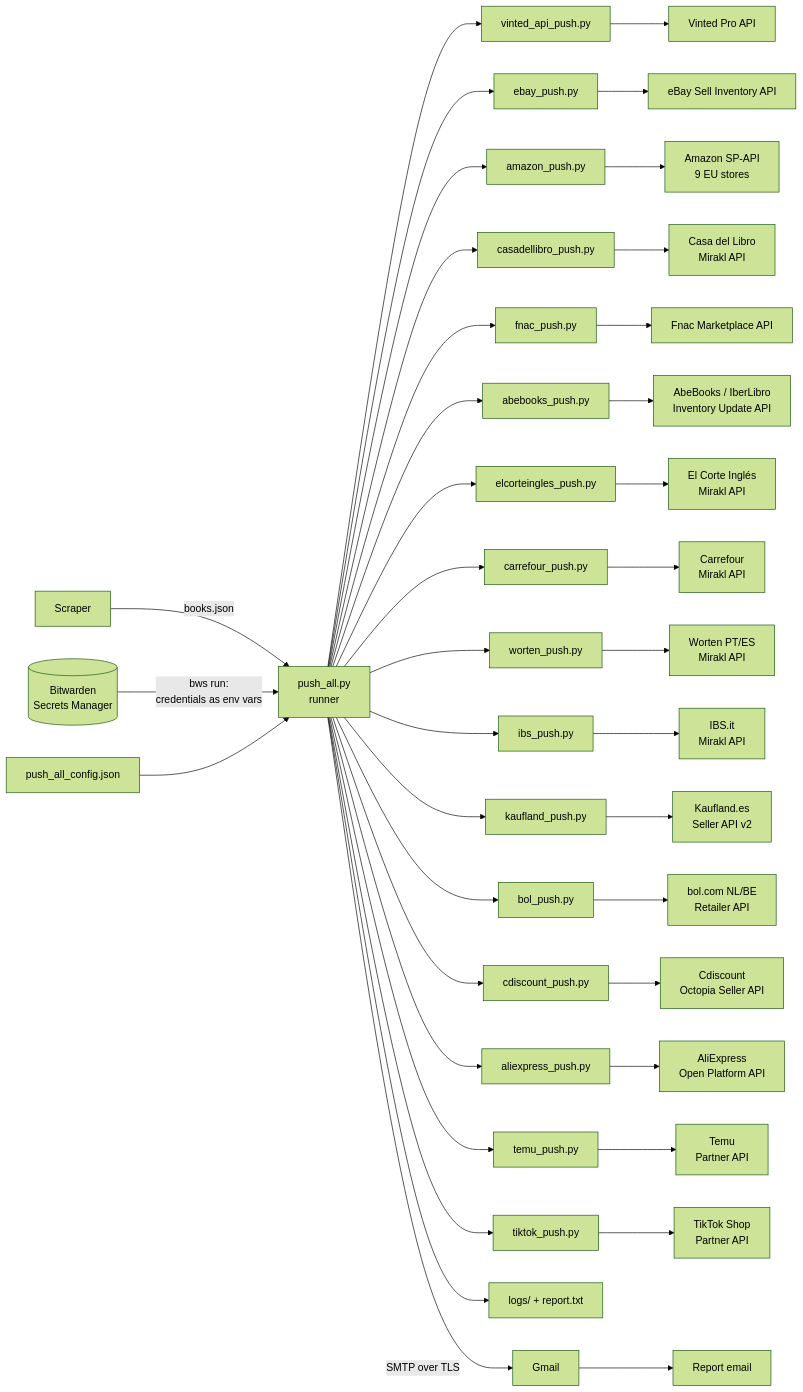
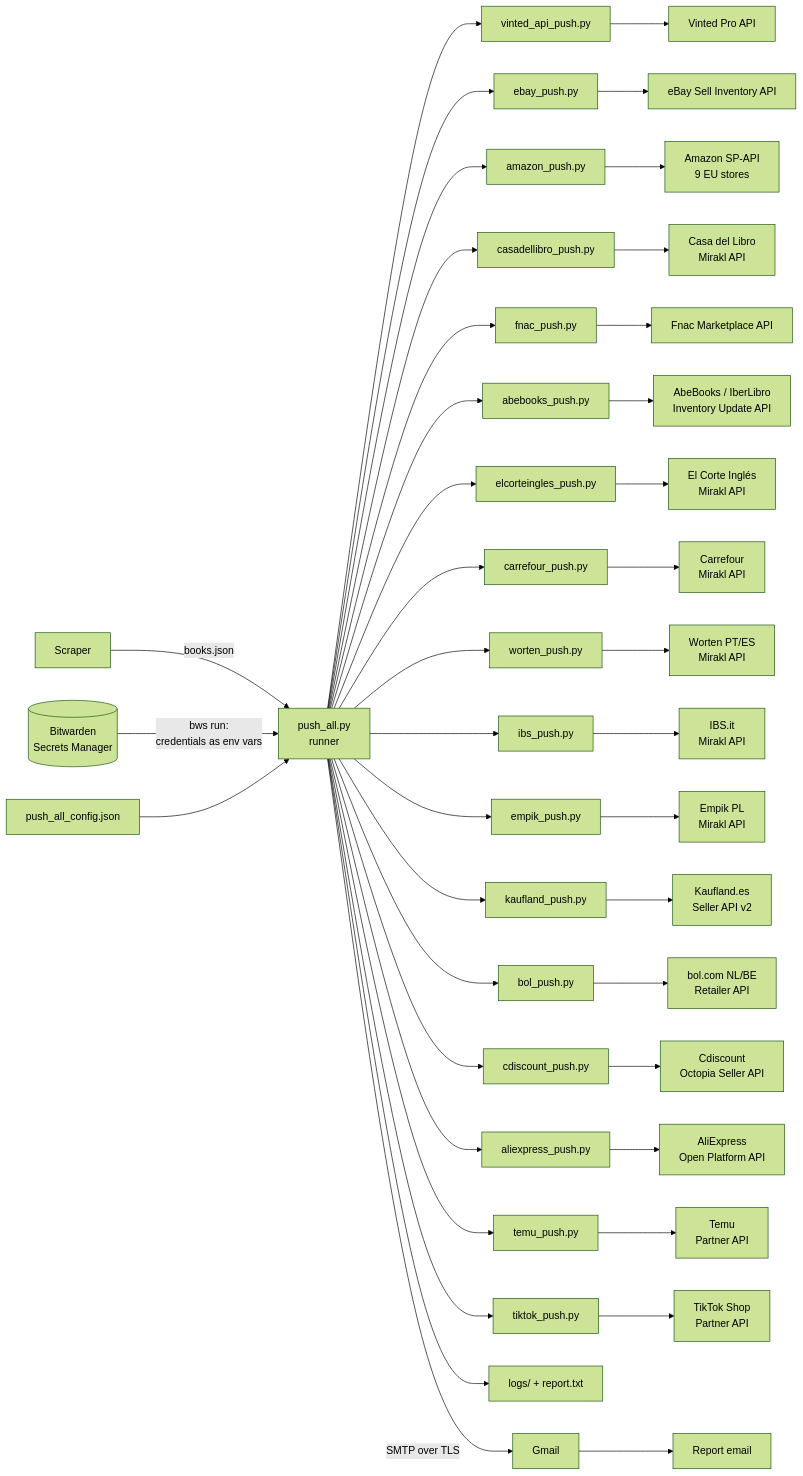
The diagram in docs/architecture.md (DavisGalla/products-api-push), drawn with Mermaid (forest theme) before and after one commit. The commit also changed other lines of this file and 15 other files, not shown here.

Commit message:
Add Empik (Mirakl, PLN) pusher; note ZVAB under AbeBooks; update docs and PDFs

````diff
--- a/docs/architecture.md
+++ b/docs/architecture.md
@@ -29,24 +29,25 @@
 ```mermaid
 flowchart LR
     S[Scraper] -->|books.json| R
     BW[(Bitwarden<br>Secrets Manager)] -->|bws run:<br>credentials as env vars| R
     C[push_all_config.json] --> R
     R[push_all.py<br>runner] --> V[vinted_api_push.py] --> VA[Vinted Pro API]
     R --> E[ebay_push.py] --> EA[eBay Sell Inventory API]
     R --> A[amazon_push.py] --> AA[Amazon SP-API<br>9 EU stores]
     R --> CL[casadellibro_push.py] --> CLA[Casa del Libro<br>Mirakl API]
     R --> F[fnac_push.py] --> FA[Fnac Marketplace API]
     R --> AB[abebooks_push.py] --> ABA[AbeBooks / IberLibro<br>Inventory Update API]
     R --> EC[elcorteingles_push.py] --> ECA[El Corte Inglés<br>Mirakl API]
     R --> CF[carrefour_push.py] --> CFA[Carrefour<br>Mirakl API]
     R --> W[worten_push.py] --> WA[Worten PT/ES<br>Mirakl API]
     R --> IB[ibs_push.py] --> IBA[IBS.it<br>Mirakl API]
+    R --> EM[empik_push.py] --> EMA[Empik PL<br>Mirakl API]
     R --> K[kaufland_push.py] --> KA[Kaufland.es<br>Seller API v2]
     R --> BO[bol_push.py] --> BOA[bol.com NL/BE<br>Retailer API]
     R --> CD[cdiscount_push.py] --> CDA[Cdiscount<br>Octopia Seller API]
     R --> AE[aliexpress_push.py] --> AEA[AliExpress<br>Open Platform API]
     R --> TM[temu_push.py] --> TMA[Temu<br>Partner API]
     R --> TT[tiktok_push.py] --> TTA[TikTok Shop<br>Partner API]
     R --> L[logs/ + report.txt]
     R -->|SMTP over TLS| G[Gmail] --> M[Report email]
 ```
````
